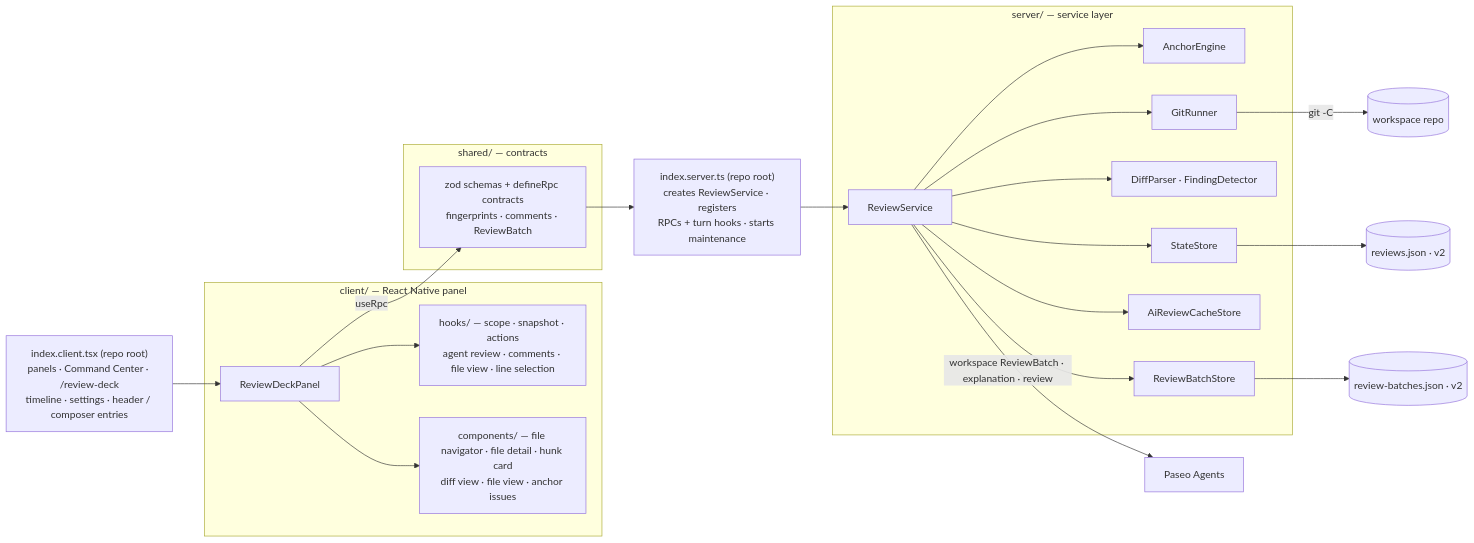
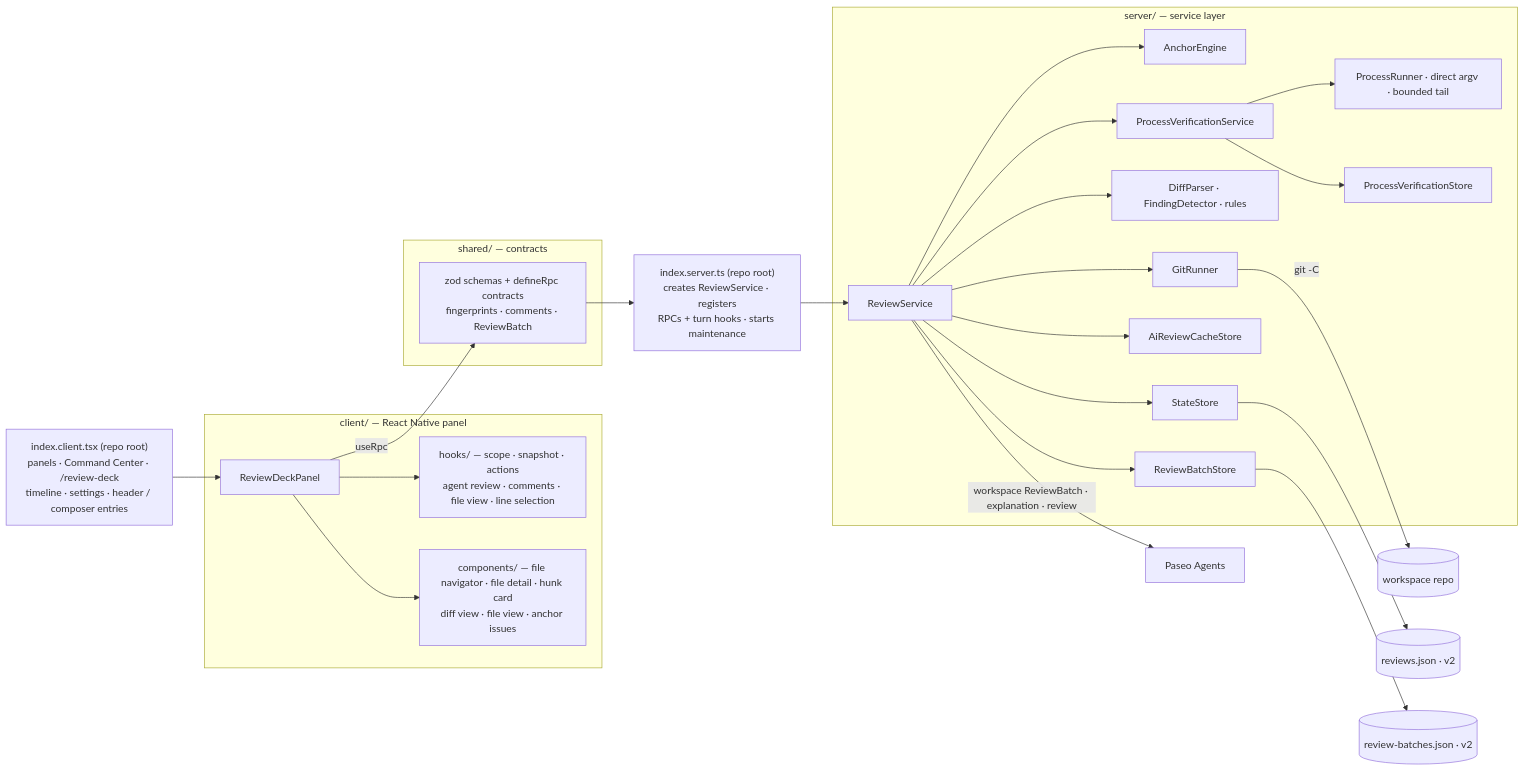
The second of 2 diagrams in README.md (mentalfl0w/review-deck), drawn with Mermaid before and after one commit. The commit also changed other lines of this file and 2 other files, not shown here.

First line of the commit message:
docs: document the finding workflow and captured verification limits

````diff
--- a/README.md
+++ b/README.md
@@ -61,46 +74,52 @@
 ```mermaid
 flowchart LR
     subgraph panel["client/ — React Native panel"]
         Panel["ReviewDeckPanel"]
         Hooks["hooks/ — scope · snapshot · actions<br/>agent review · comments · file view · line selection"]
         UI["components/ — file navigator · file detail · hunk card<br/>diff view · file view · anchor issues"]
         Panel --> Hooks
         Panel --> UI
     end
 
     subgraph shared["shared/ — contracts"]
         RPC["zod schemas + defineRpc contracts<br/>fingerprints · comments · ReviewBatch"]
     end
 
     subgraph server["server/ — service layer"]
         Svc["ReviewService"]
         Anchor["AnchorEngine"]
         Git["GitRunner"]
-        Parse["DiffParser · FindingDetector"]
+        Parse["DiffParser · FindingDetector · rules"]
         Store["StateStore"]
         AiCache["AiReviewCacheStore"]
         BatchStore["ReviewBatchStore"]
+        ProcessSvc["ProcessVerificationService"]
+        ProcessRunner["ProcessRunner · direct argv · bounded tail"]
+        ProcessStore["ProcessVerificationStore"]
         Svc --> Anchor
         Svc --> Git
         Svc --> Parse
         Svc --> Store
         Svc --> AiCache
         Svc --> BatchStore
+        Svc --> ProcessSvc
+        ProcessSvc --> ProcessRunner
+        ProcessSvc --> ProcessStore
     end
 
     ClientEntry["index.client.tsx (repo root)<br/>panels · Command Center · /review-deck<br/>timeline · settings · header / composer entries"]
     ServerEntry["index.server.ts (repo root)<br/>creates ReviewService · registers<br/>RPCs + turn hooks · starts maintenance"]
     Agents["Paseo Agents"]
     Repo[("workspace repo")]
     State[("reviews.json · v2")]
     Batches[("review-batches.json · v2")]
 
     BatchStore --> Batches
     ClientEntry --> Panel
     Panel -- "useRpc" --> RPC
     RPC --> ServerEntry
     ServerEntry --> Svc
     Git -- "git -C <cwd>" --> Repo
     Store --> State
     Svc -- "workspace ReviewBatch · explanation · review" --> Agents
 ```
````
